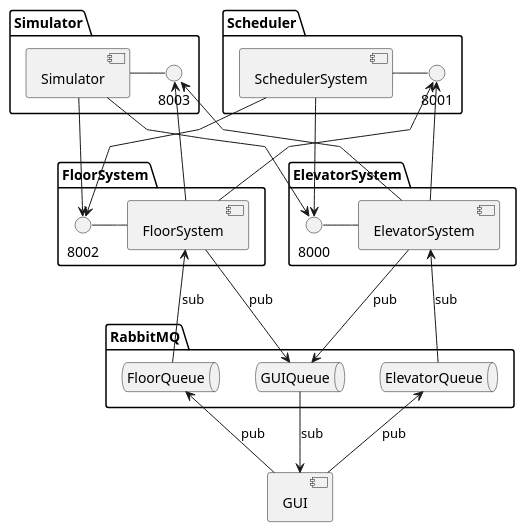
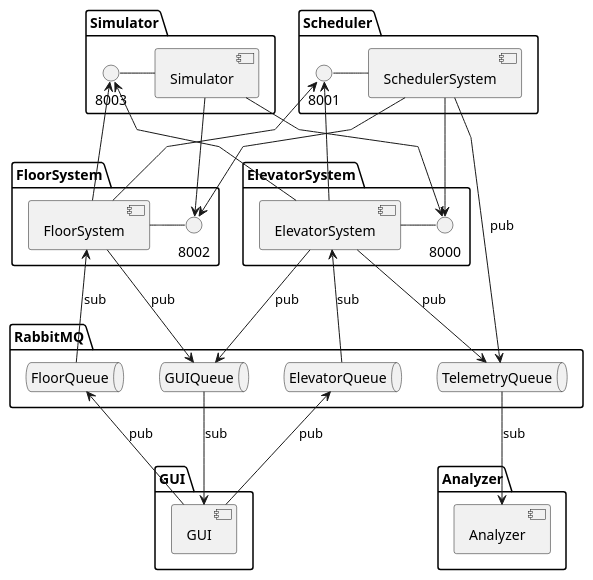
The diagram in doc/diagrams/ClassDiagrams/componentDiagram.puml (JoshuaSFryer/3303-L4G5), drawn with PlantUML before and after one commit. The commit also changed 13 other files, not shown here.

First line of the commit message:
Add analyzer diagrams

```diff
--- a/doc/diagrams/ClassDiagrams/componentDiagram.puml
+++ b/doc/diagrams/ClassDiagrams/componentDiagram.puml
@@ -1,70 +1,85 @@
 @startuml
 
 skinparam linetype polyline
 
 component GUI
 
 together {
 
   package "FloorSystem"{
   component FloorSystem as fl
     () "8002" as PFl
     PFl - fl
   }
 
   package "ElevatorSystem" {
   component ElevatorSystem as el
     () "8000" as PEl
     PEl - el
   }
 
 }
 
 together {
 
 package "Simulator"{
   () "8003" as PSi
   component Simulator as sim
   sim - PSi
 }
 
 package "Scheduler"{
   component SchedulerSystem
   () "8001" as PSc
   SchedulerSystem - PSc
 }
 
 
 }
 
+together {
+package "GUI"{
+  component GUI as guii
+}
+package "Analyzer"{
+  component Analyzer as anal
+}
+}
+
 
 
 package "RabbitMQ"{
   queue "ElevatorQueue"
   queue "FloorQueue"
   queue "GUIQueue"
+  queue "TelemetryQueue"
 
   FloorQueue -[hidden]> ElevatorQueue
 
 }
 
 PSc <-- el
 PSc <-- fl
 SchedulerSystem --> PEl
 SchedulerSystem --> PFl
 fl -> PSi
 sim --> PFl
 sim --> PEl
 el -> PSi
 
+SchedulerSystem --> TelemetryQueue: pub
+el --> TelemetryQueue: pub
+
+TelemetryQueue --> anal: sub
+
 el --> GUIQueue: pub
 el <-- ElevatorQueue: sub
 fl --> GUIQueue : pub
 fl <-- FloorQueue : sub
-GUIQueue --> GUI : sub
-FloorQueue <-- GUI : pub
-ElevatorQueue <-- GUI: pub
+GUIQueue --> guii : sub
+FloorQueue <-- guii : pub
+ElevatorQueue <-- guii: pub
 
 
 
 @enduml
```
